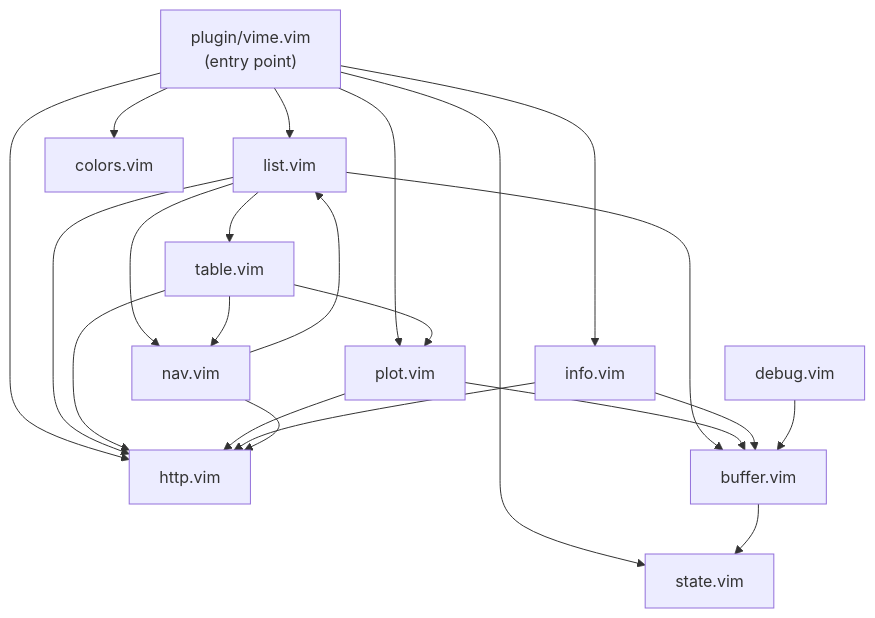
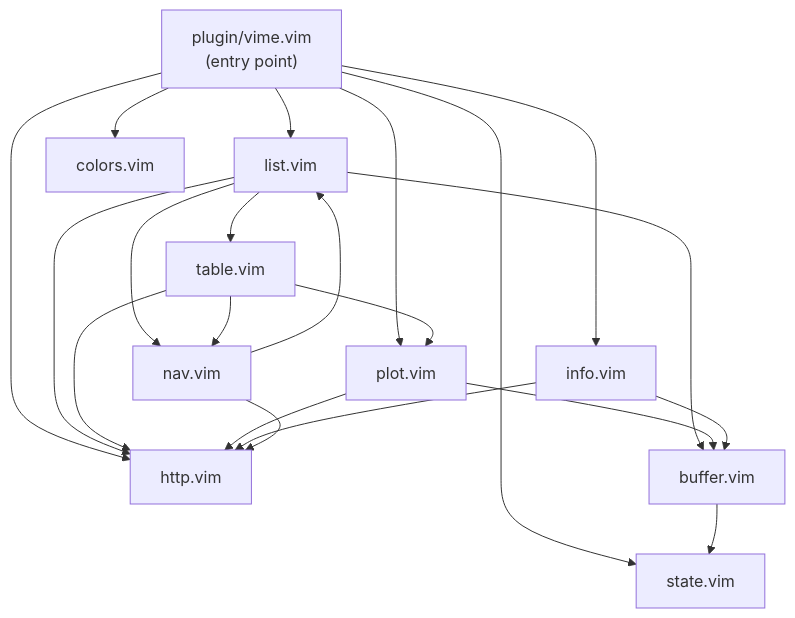
One commit to Bobcheese39/VIME changed the diagram in plugin/README.md. Above: the diagram before and after it, drawn with Mermaid. The commit also changed other lines of this file and 19 other files, not shown here.

````diff
--- a/plugin/README.md
+++ b/plugin/README.md
@@ -7,24 +7,23 @@
 ```mermaid
 flowchart TD
     Entry["plugin/vime.vim<br>(entry point)"] --> List[list.vim]
     Entry --> Plot[plot.vim]
     Entry --> Info[info.vim]
     Entry --> Colors[colors.vim]
     Entry --> State[state.vim]
     Entry --> HTTP[http.vim]
     List --> Table[table.vim]
     List --> Buffer[buffer.vim]
     List --> Nav[nav.vim]
     List --> HTTP
     Table --> Plot
     Table --> Nav
     Table --> HTTP
     Plot --> Buffer
     Plot --> HTTP
     Info --> Buffer
     Info --> HTTP
     Buffer --> State
     Nav --> List
     Nav --> HTTP
-    Debug[debug.vim] --> Buffer
 ```
````
